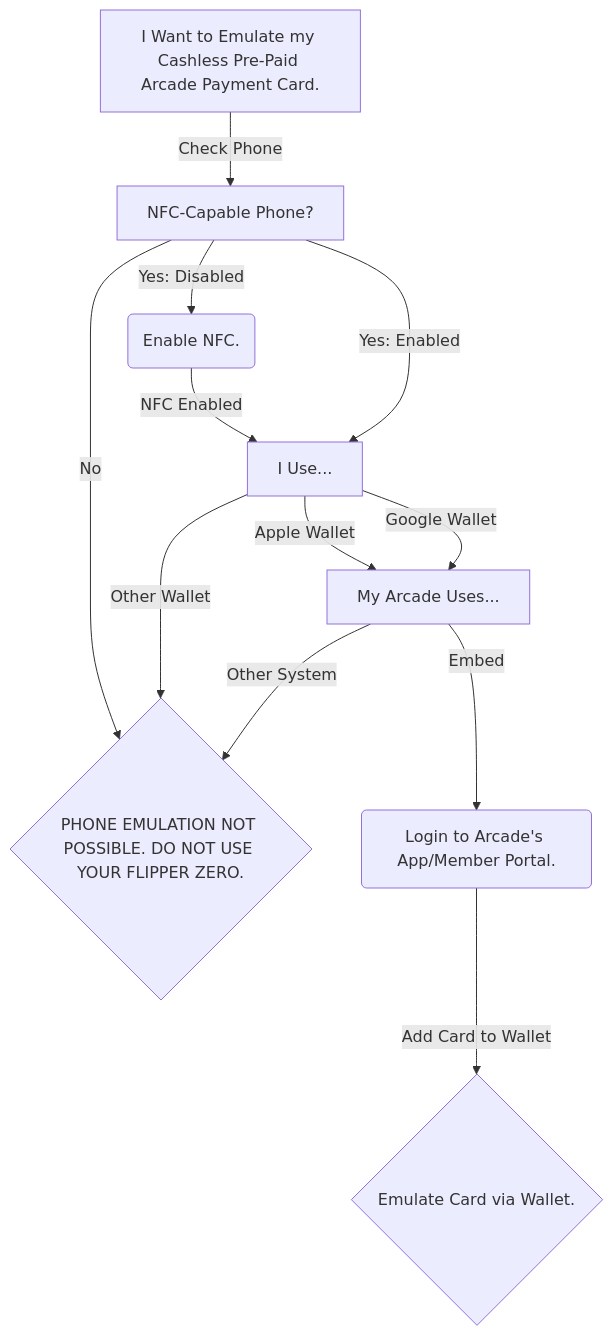
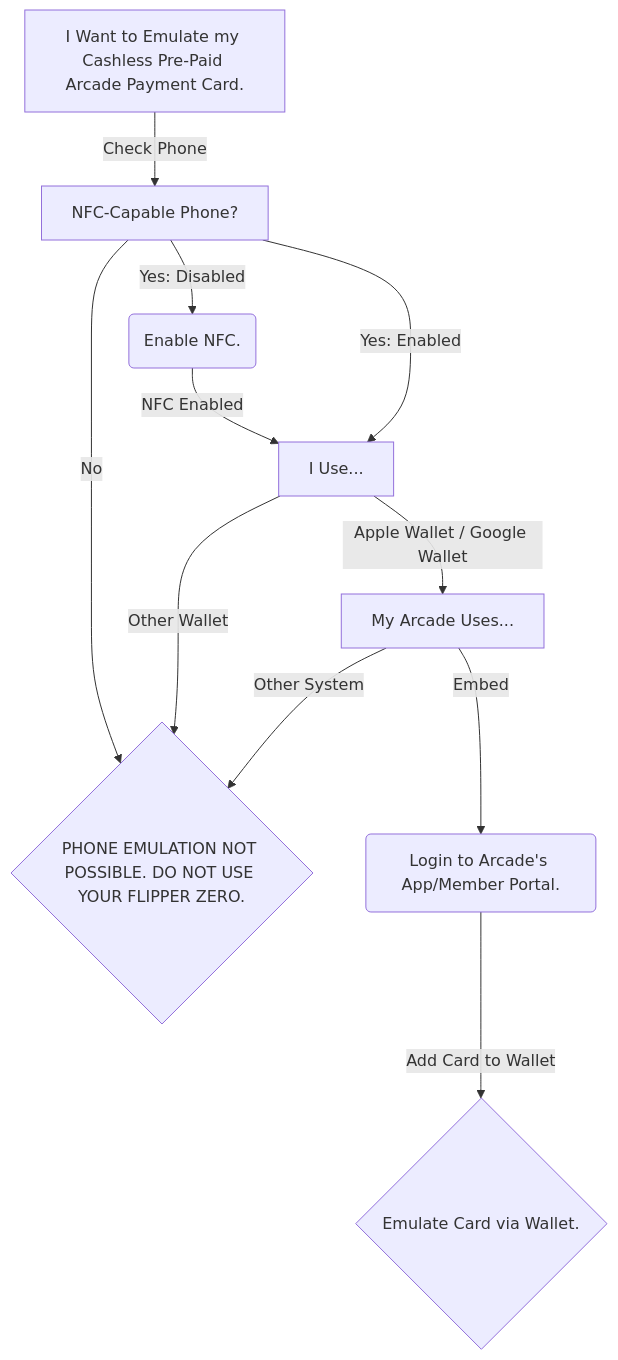
Before and after one commit to Flipper-Community/flipper-community-wiki: the diagram in flip-wiki/docs/arcadecards.md, drawn with Mermaid.

Commit message:
Simplified mermaid flowchart in arcadecards.md
Combined Apple/Google into one.

````diff
--- a/flip-wiki/docs/arcadecards.md
+++ b/flip-wiki/docs/arcadecards.md
@@ -23,14 +23,13 @@
 ``` mermaid
 flowchart TD
     A[I Want to Emulate my Cashless Pre-Paid Arcade Payment Card.] -->|Check Phone| B[NFC-Capable Phone?]
     B -->|No| H{PHONE EMULATION NOT POSSIBLE. DO NOT USE YOUR FLIPPER ZERO.}
     B -->|Yes: Disabled| D(Enable NFC.)
     D -->|NFC Enabled| C
     B -->|Yes: Enabled| C[I Use...]
-    C -->|Apple Wallet| E[My Arcade Uses...]
-    C -->|Google Wallet| E
+    C -->|Apple Wallet / Google Wallet| E[My Arcade Uses...]
     C -->|Other Wallet| H
     E -->|Embed| F(Login to Arcade's App/Member Portal.)
     F -->|Add Card to Wallet| G{Emulate Card via Wallet.}
     E -->|Other System| H
 ```
````
